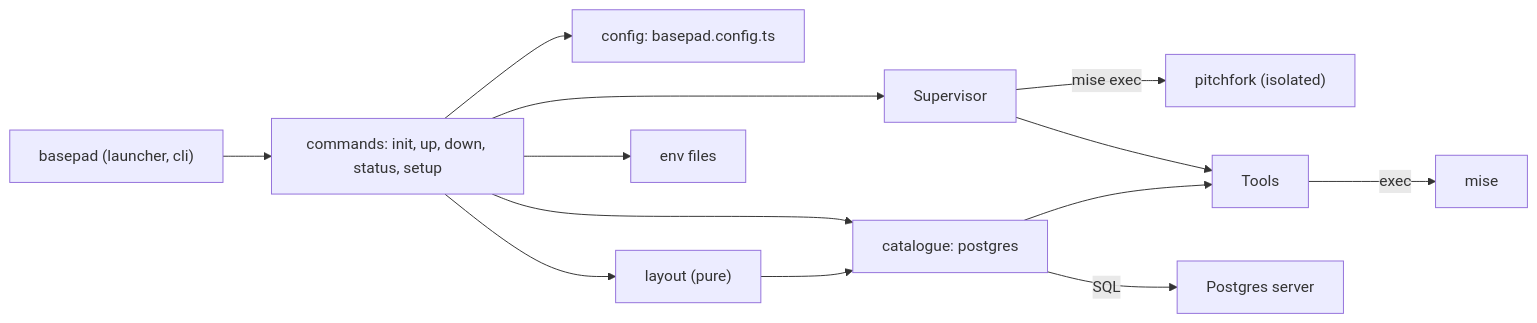
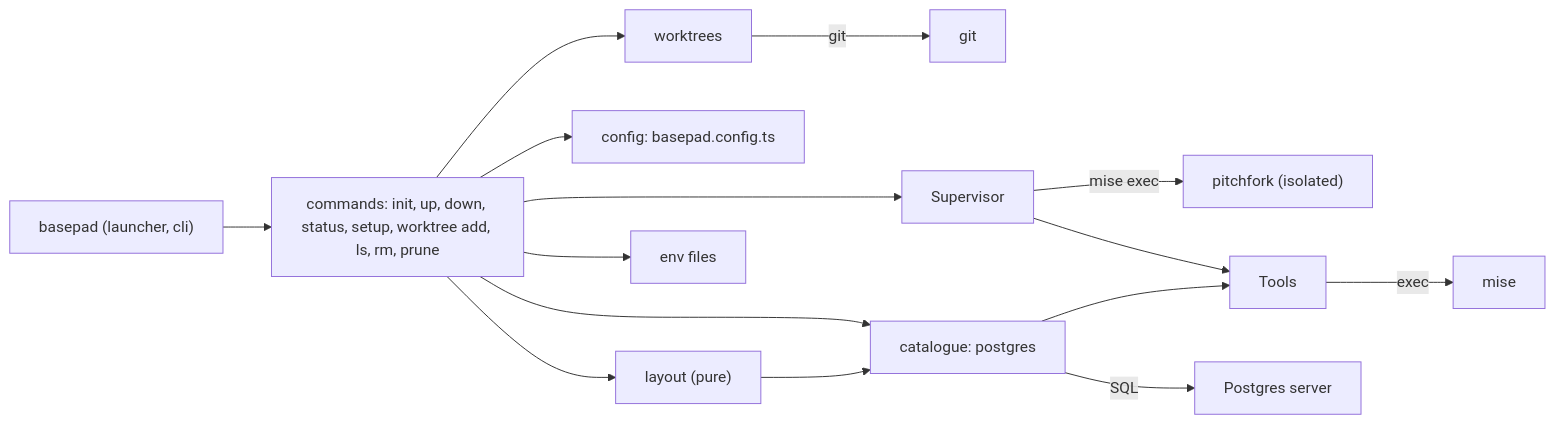
The diagram in docs/feature-map.md (Aysnc-Labs/basepad), drawn with Mermaid before and after one commit. The commit also changed other lines of this file and 31 other files, not shown here.

First line of the commit message:
basepad Worktrees: release 2 of the redesign (#30)

````diff
--- a/docs/feature-map.md
+++ b/docs/feature-map.md
@@ -12,15 +12,17 @@
 ```mermaid
 flowchart LR
-  CLI["basepad (launcher, cli)"] --> Commands["commands: init, up, down, status, setup"]
+  CLI["basepad (launcher, cli)"] --> Commands["commands: init, up, down, status, setup, worktree add, ls, rm, prune"]
+  Commands --> Worktrees["worktrees"]
+  Worktrees -- "git" --> Git["git"]
   Commands --> Config["config: basepad.config.ts"]
   Commands --> Layout["layout (pure)"]
   Layout --> Catalogue
   Commands --> Catalogue["catalogue: postgres"]
   Commands --> Supervisor
   Commands --> EnvFiles["env files"]
   Supervisor -- "mise exec" --> Pitchfork["pitchfork (isolated)"]
   Catalogue --> Tools
   Supervisor --> Tools
   Tools -- "exec" --> Mise["mise"]
   Catalogue -- "SQL" --> Postgres["Postgres server"]
 ```
````
